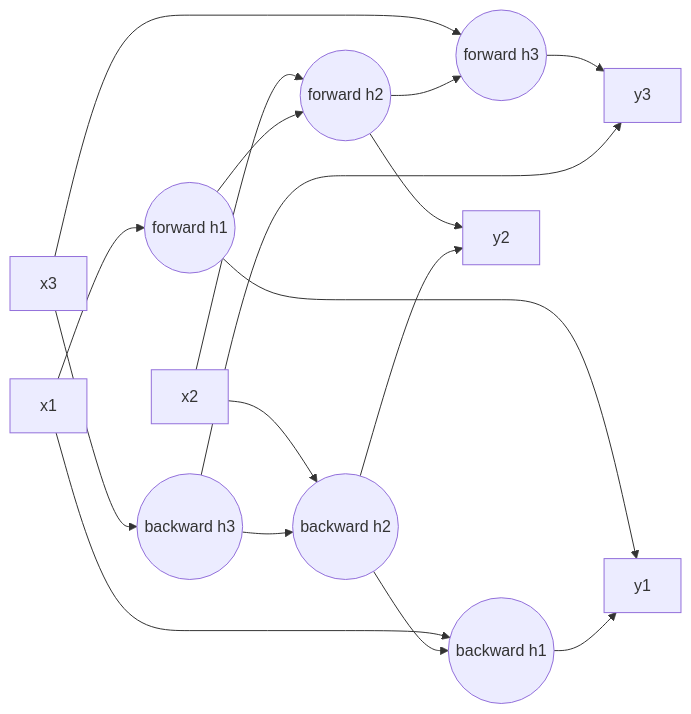
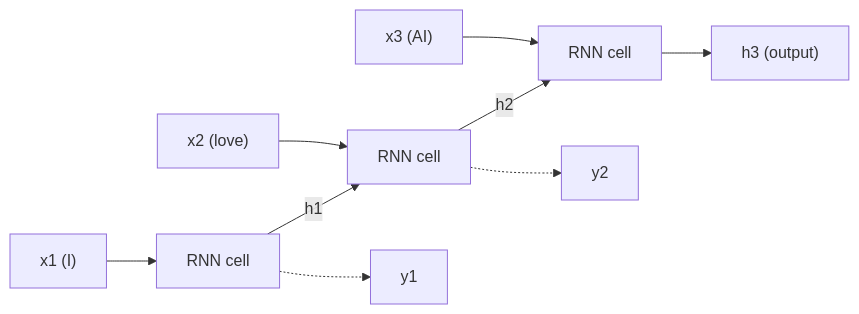
The first of 6 diagrams in content/deep-learning/notes/rnn.mdx (TrendySloth1001/sem-seven-notes), drawn with Mermaid before and after one commit. The commit also changed other lines of this file and 186 other files, not shown here.

````diff
--- a/content/deep-learning/notes/rnn.mdx
+++ b/content/deep-learning/notes/rnn.mdx
@@ -340,18 +111,12 @@
 ```mermaid
-%% caption: A bidirectional RNN over three steps. The top row reads left to right, the bottom row right to left. Each output joins both, so y2 knows about x1 and x3.
+%% caption: One RNN cell used again and again. The loop on the left is the same thing as the chain on the right (the loop unrolled in time).
 flowchart LR
-  X1["x1"] --> F1
-  X2["x2"] --> F2
-  X3["x3"] --> F3
-  X1 --> B1
-  X2 --> B2
-  X3 --> B3
-  F1(("forward h1")) --> F2(("forward h2")) --> F3(("forward h3"))
-  B3(("backward h3")) --> B2(("backward h2")) --> B1(("backward h1"))
-  F1 --> Y1["y1"]
-  B1 --> Y1
-  F2 --> Y2["y2"]
-  B2 --> Y2
-  F3 --> Y3["y3"]
-  B3 --> Y3
+  X1["x1 (I)"] --> C1["RNN cell"]
+  C1 -->|"h1"| C2["RNN cell"]
+  X2["x2 (love)"] --> C2
+  C2 -->|"h2"| C3["RNN cell"]
+  X3["x3 (AI)"] --> C3
+  C3 --> H3["h3 (output)"]
+  C1 -.-> Y1["y1"]
+  C2 -.-> Y2["y2"]
 ```
````
